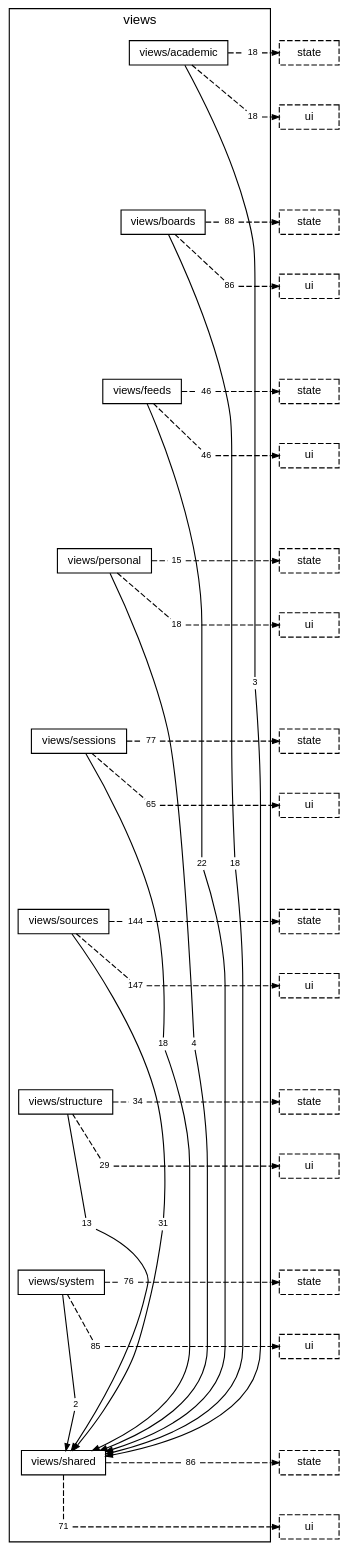
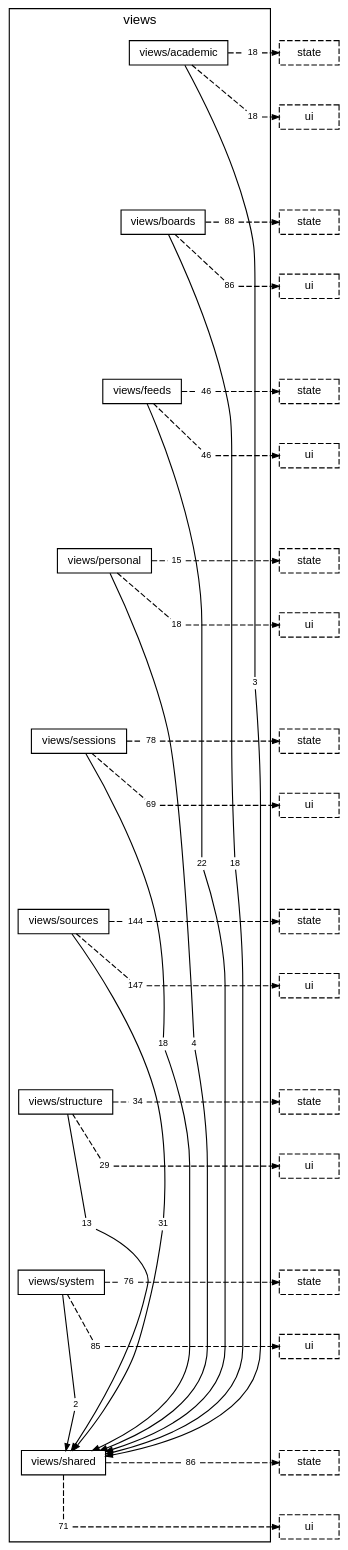
One commit to TheAxeC/oculus changed the diagram in docs/diagrams/layer-views.dot. Above: the diagram before and after it, drawn with Graphviz. The commit also changed 88 other files, not shown here.

```diff
--- a/docs/diagrams/layer-views.dot
+++ b/docs/diagrams/layer-views.dot
@@ -26,8 +26,8 @@
         "folder views/personal to layer state" [label="15", shape=box, color="transparent", fontsize=8, width=0, height=0, margin="0.04,0.02"];
         "folder views/personal to layer ui" [label="18", shape=box, color="transparent", fontsize=8, width=0, height=0, margin="0.04,0.02"];
         "folder views/sessions to folder views/shared" [label="18", shape=box, color="transparent", fontsize=8, width=0, height=0, margin="0.04,0.02"];
-        "folder views/sessions to layer state" [label="77", shape=box, color="transparent", fontsize=8, width=0, height=0, margin="0.04,0.02"];
-        "folder views/sessions to layer ui" [label="65", shape=box, color="transparent", fontsize=8, width=0, height=0, margin="0.04,0.02"];
+        "folder views/sessions to layer state" [label="78", shape=box, color="transparent", fontsize=8, width=0, height=0, margin="0.04,0.02"];
+        "folder views/sessions to layer ui" [label="69", shape=box, color="transparent", fontsize=8, width=0, height=0, margin="0.04,0.02"];
         "folder views/sources to folder views/shared" [label="31", shape=box, color="transparent", fontsize=8, width=0, height=0, margin="0.04,0.02"];
         "folder views/sources to layer state" [label="144", shape=box, color="transparent", fontsize=8, width=0, height=0, margin="0.04,0.02"];
         "folder views/sources to layer ui" [label="147", shape=box, color="transparent", fontsize=8, width=0, height=0, margin="0.04,0.02"];
```
